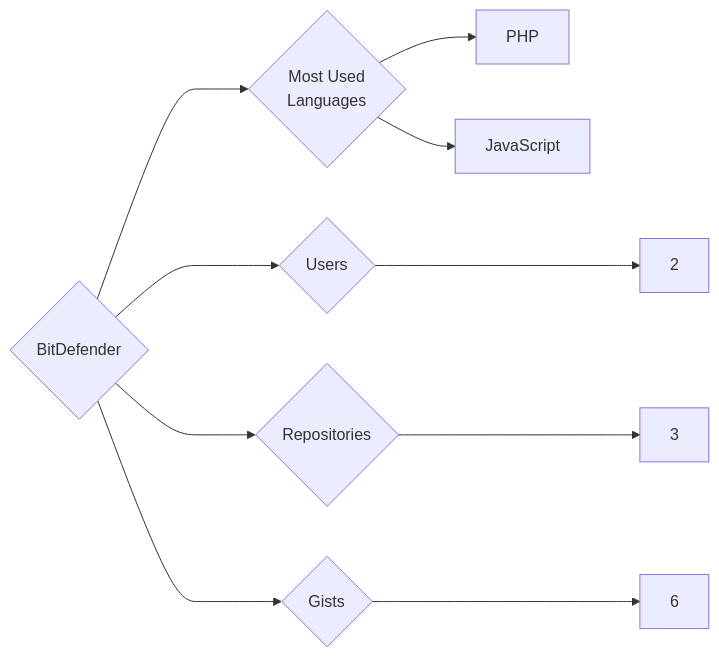
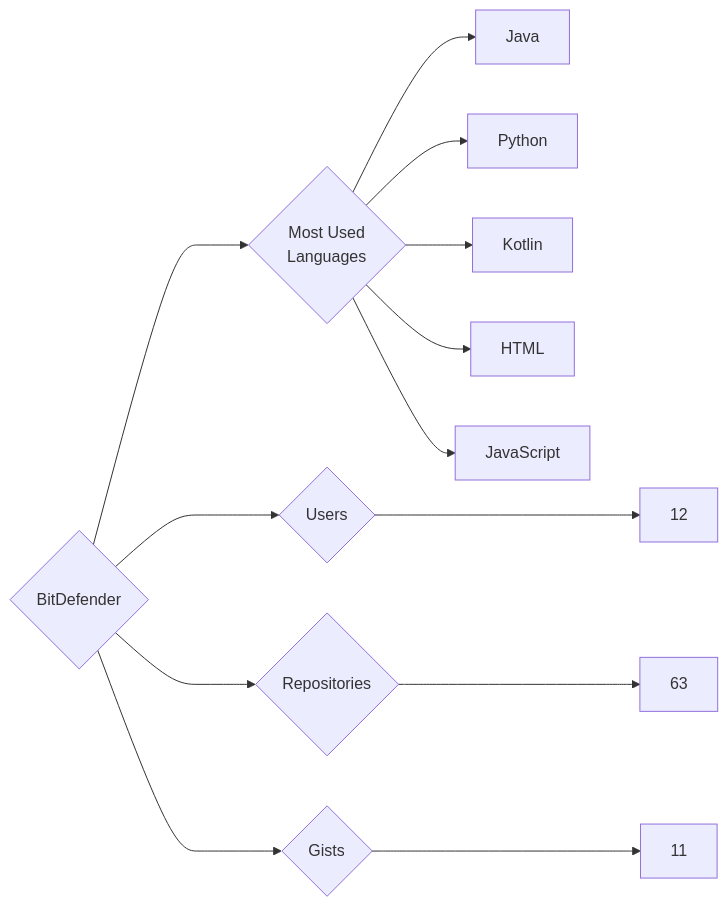
The diagram in targets/BitDefender/README.md (trickest/insiders), drawn with Mermaid before and after one commit. The commit also changed 715 other files, not shown here.

````diff
--- a/targets/BitDefender/README.md
+++ b/targets/BitDefender/README.md
@@ -3,10 +3,13 @@
 ```mermaid
 graph LR
 COMPANY_NAME{BitDefender}
-COMPANY_NAME ---> U{Users} ---> UN[2]
-COMPANY_NAME ---> R{Repositories} ---> RN[3]
-COMPANY_NAME ---> G{Gists} ---> GN[6]
+COMPANY_NAME ---> U{Users} ---> UN[12]
+COMPANY_NAME ---> R{Repositories} ---> RN[63]
+COMPANY_NAME ---> G{Gists} ---> GN[11]
 COMPANY_NAME ---> ML{Most Used<br>Languages}
-ML --> PHP[PHP]
+ML --> Java[Java]
+ML --> Python[Python]
+ML --> Kotlin[Kotlin]
+ML --> HTML[HTML]
 ML --> JavaScript[JavaScript]
 ```
````
